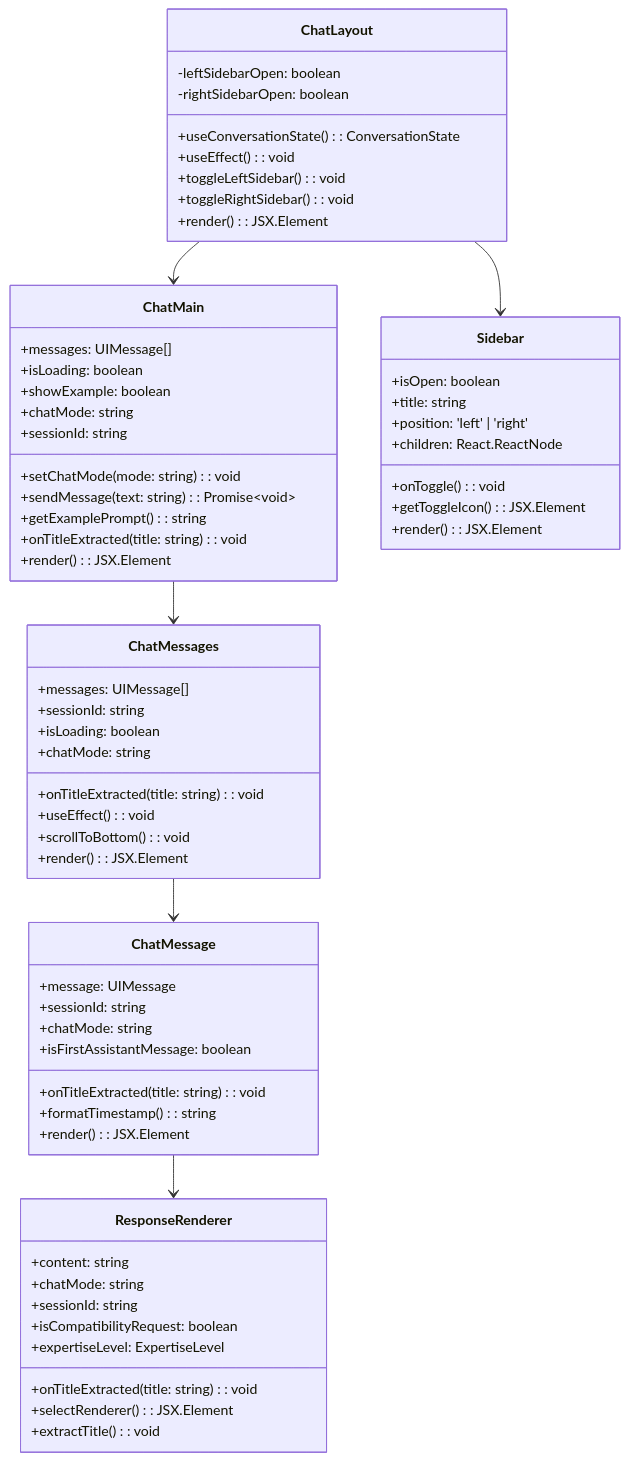
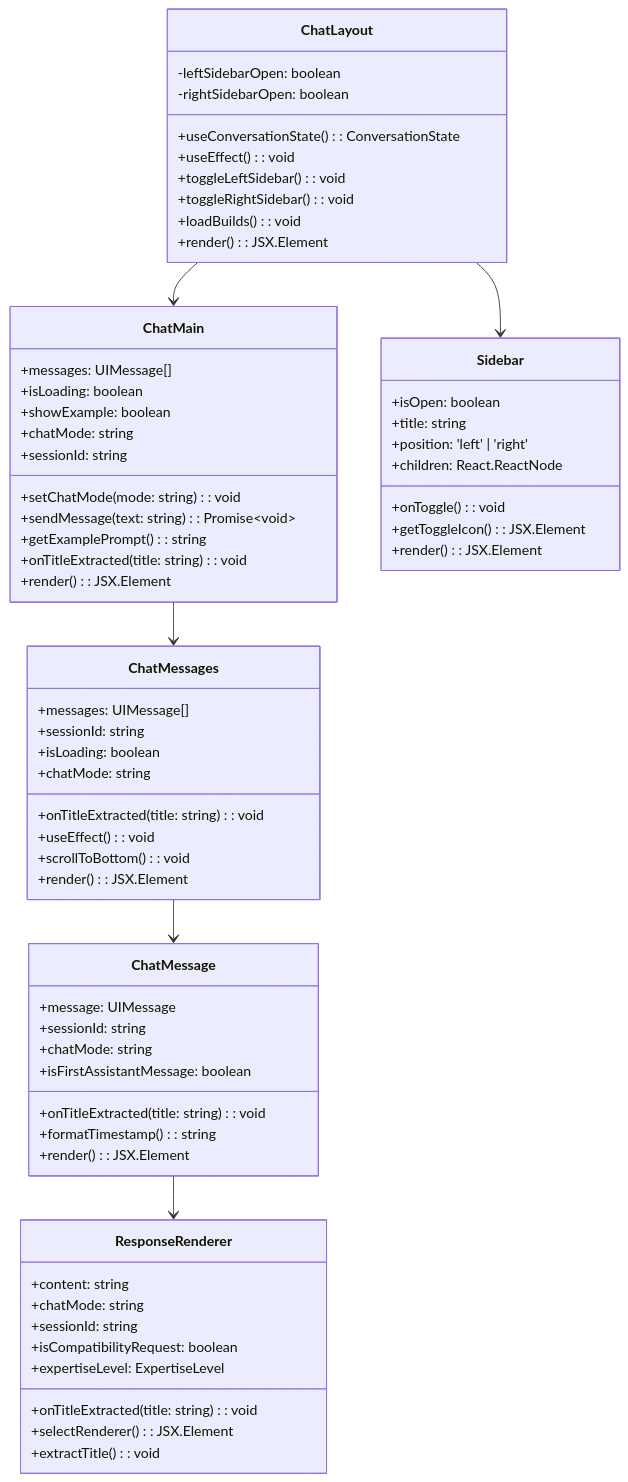
One commit to p0pular131/askspec-chat-assistant changed the fifth of 19 diagrams in docs/design-specification.md. Above: the diagram before and after it, drawn with Mermaid. The commit also changed other lines of this file, not shown here.

First line of the commit message:
Fix: Improve design spec diagrams and add estimate features

````diff
--- a/docs/design-specification.md
+++ b/docs/design-specification.md
@@ -156,73 +275,74 @@
 ```mermaid
 classDiagram
     class ChatLayout {
         -leftSidebarOpen: boolean
         -rightSidebarOpen: boolean
         +useConversationState(): ConversationState
         +useEffect(): void
         +toggleLeftSidebar(): void
         +toggleRightSidebar(): void
+        +loadBuilds(): void
         +render(): JSX.Element
     }
 
     class ChatMain {
         +messages: UIMessage[]
         +isLoading: boolean
         +showExample: boolean
         +chatMode: string
         +setChatMode(mode: string): void
         +sendMessage(text: string): Promise~void~
         +getExamplePrompt(): string
         +sessionId: string
         +onTitleExtracted(title: string): void
         +render(): JSX.Element
     }
 
     class ChatMessages {
         +messages: UIMessage[]
         +sessionId: string
         +isLoading: boolean
         +chatMode: string
         +onTitleExtracted(title: string): void
         +useEffect(): void
         +scrollToBottom(): void
         +render(): JSX.Element
     }
 
     class ChatMessage {
         +message: UIMessage
         +sessionId: string
         +chatMode: string
         +onTitleExtracted(title: string): void
         +isFirstAssistantMessage: boolean
         +formatTimestamp(): string
         +render(): JSX.Element
     }
 
     class Sidebar {
         +isOpen: boolean
         +onToggle(): void
         +title: string
         +position: 'left' | 'right'
         +children: React.ReactNode
         +getToggleIcon(): JSX.Element
         +render(): JSX.Element
     }
 
     class ResponseRenderer {
         +content: string
         +chatMode: string
         +sessionId: string
         +isCompatibilityRequest: boolean
         +expertiseLevel: ExpertiseLevel
         +onTitleExtracted(title: string): void
         +selectRenderer(): JSX.Element
         +extractTitle(): void
     }
 
     ChatLayout --> ChatMain
     ChatLayout --> Sidebar
     ChatMain --> ChatMessages
     ChatMessages --> ChatMessage
     ChatMessage --> ResponseRenderer
 ```
````
